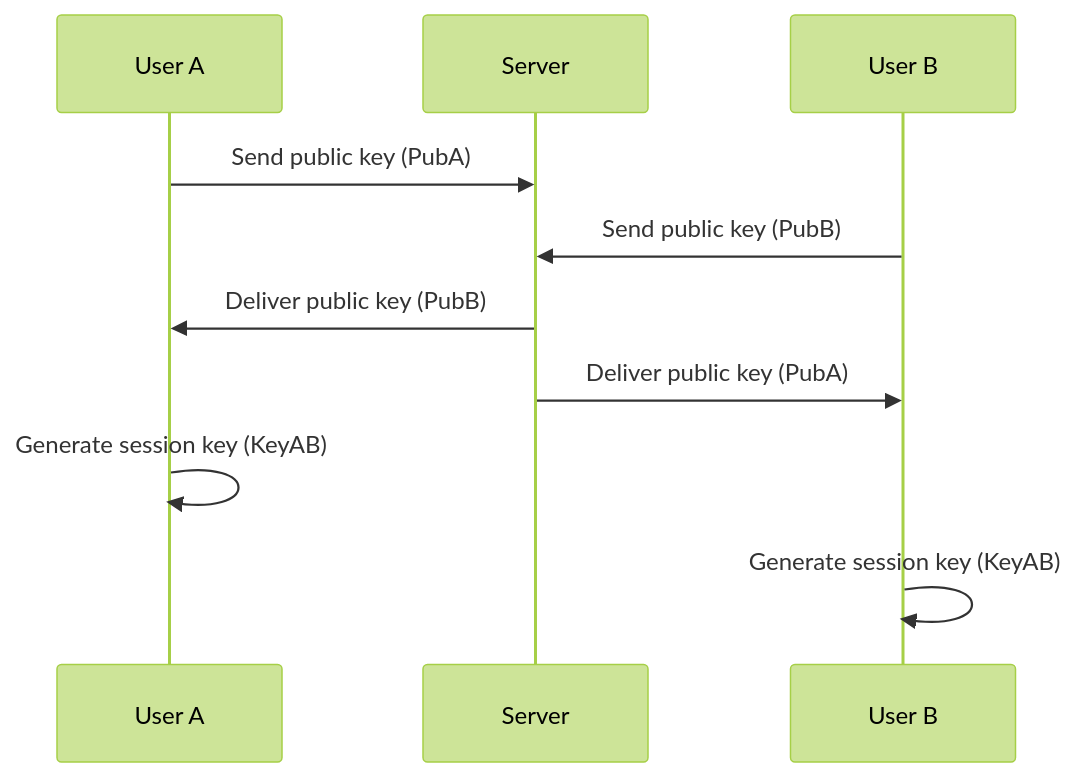
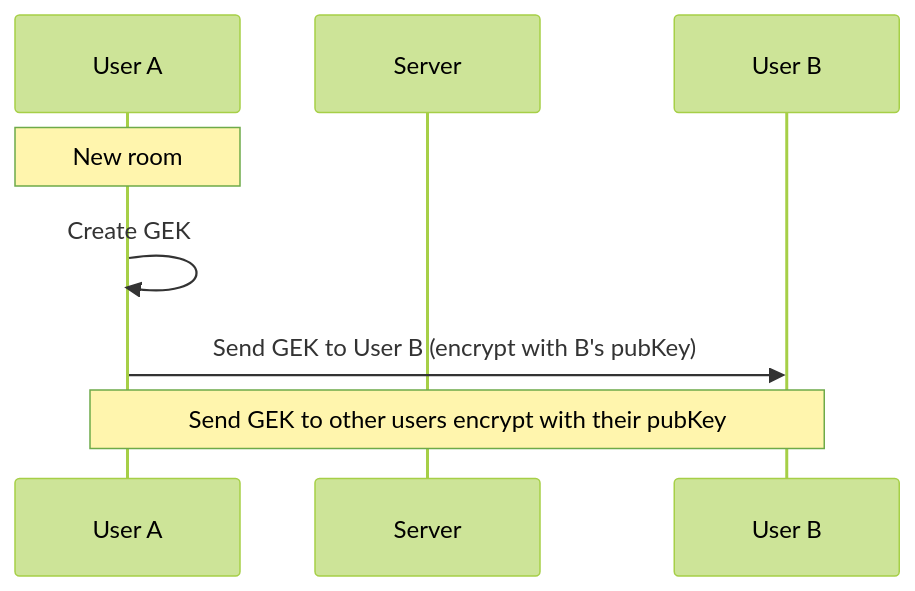
The first of 5 diagrams in docs/about-project/dataflow.md (message-exp/docs), drawn with Mermaid (forest theme) before and after one commit. The commit also changed other lines of this file, not shown here.

Commit message:
docs: add ephemeral mode flow

````diff
--- a/docs/about-project/dataflow.md
+++ b/docs/about-project/dataflow.md
@@ -22,13 +28,11 @@
 ```mermaid
 sequenceDiagram
     participant User A
     participant Server
     participant User B
 
-    User A->>Server: Send public key (PubA)
-    User B->>Server: Send public key (PubB)
-    Server->>User A: Deliver public key (PubB)
-    Server->>User B: Deliver public key (PubA)
-    User A->>User A: Generate session key (KeyAB)
-    User B->>User B: Generate session key (KeyAB)
+    note over User A: New room
+    User A->>User A: Create GEK
+    User A->>User B: Send GEK to User B (encrypt with B's pubKey)
+    note over User A,User B: Send GEK to other users encrypt with their pubKey
 ```
````
